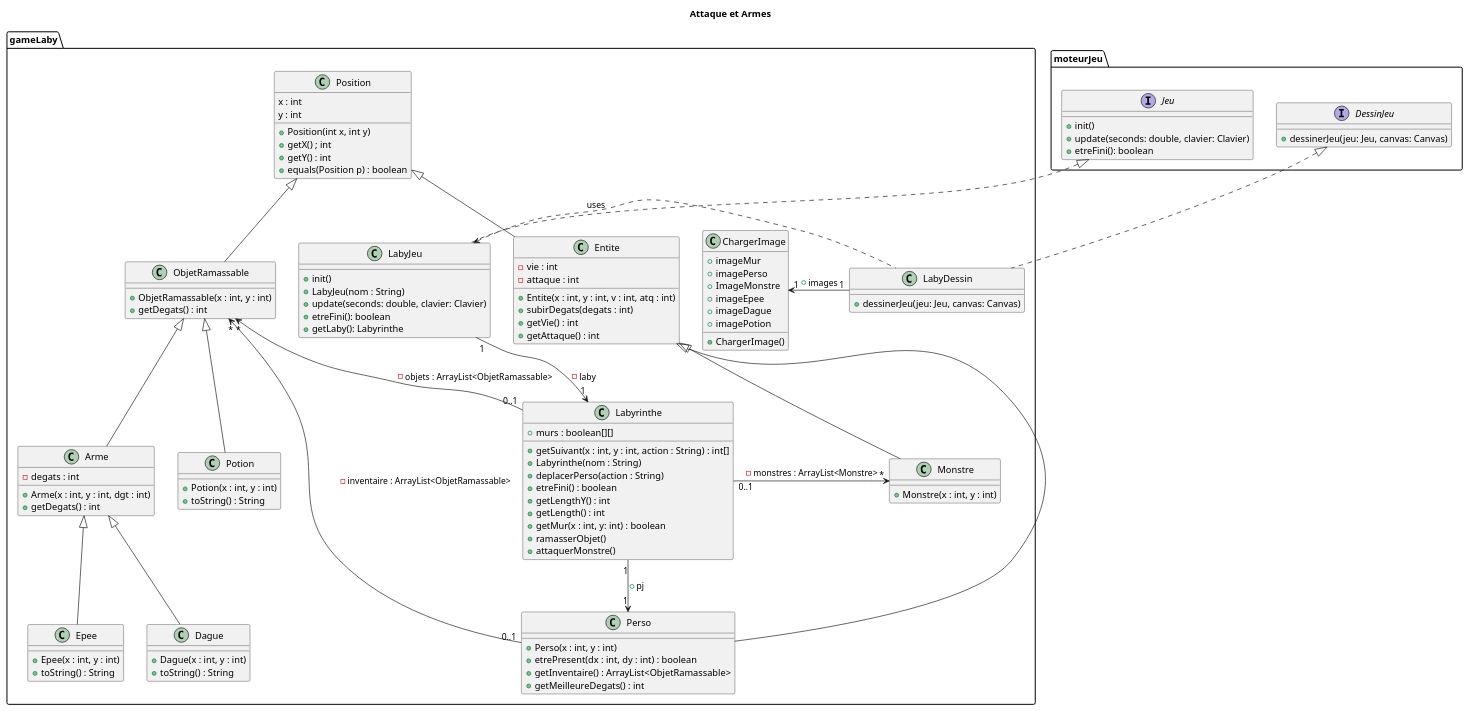
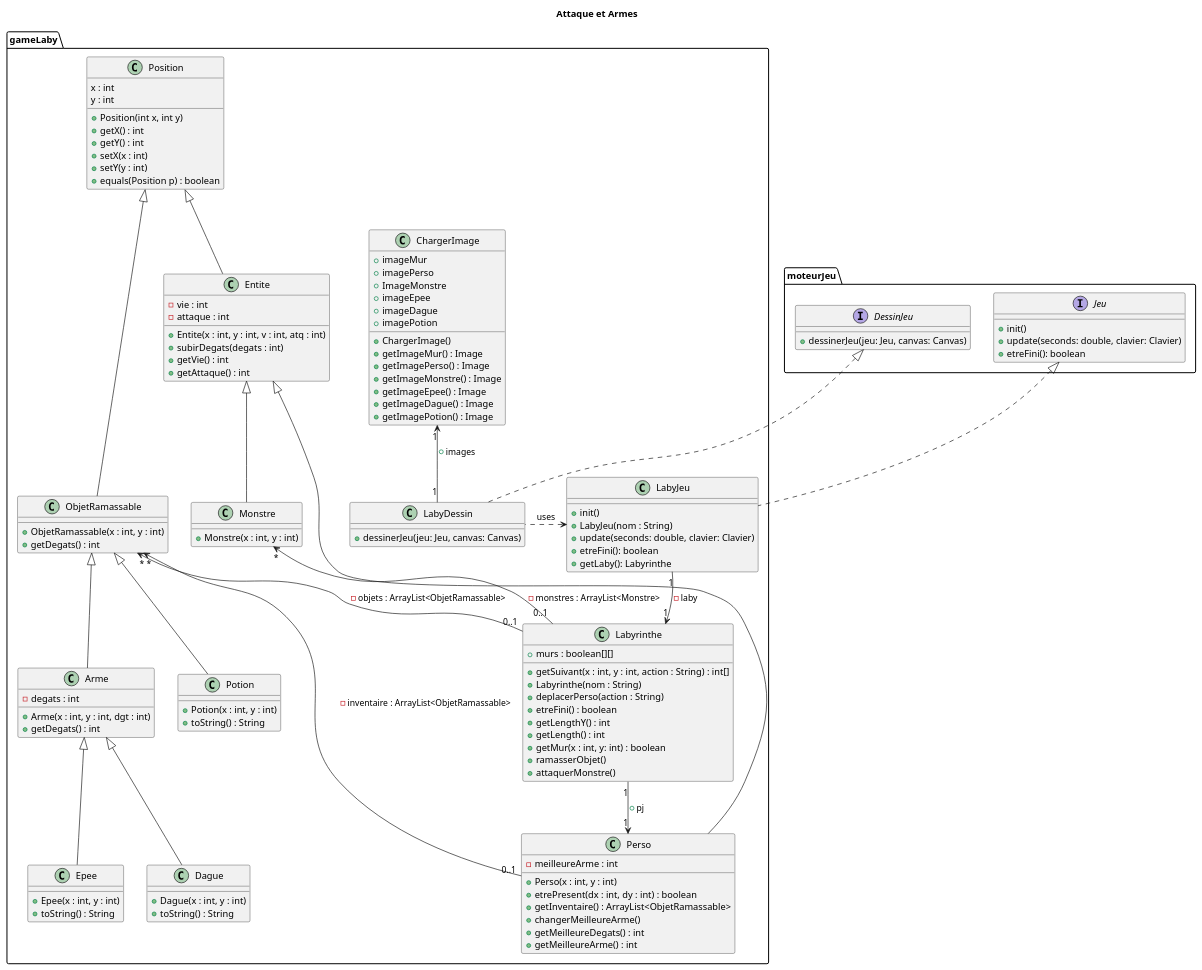
Before and after one commit to OoNeal/2022_zeldiablo_rionde8u_povoas1u_melchior25u_arnaud35u: the diagram in documents/version_5/DiagClasse_Sprites.puml, drawn with PlantUML. The commit also changed 1 other file, not shown here.

Commit message:
changement du diagramme de classe

```diff
--- a/documents/version_5/DiagClasse_Sprites.puml
+++ b/documents/version_5/DiagClasse_Sprites.puml
@@ -1,140 +1,151 @@
 @startuml
 title Attaque et Armes
 
 '''classe'''
 
 
 package moteurJeu {
 
 interface Jeu{
 + init()
 + update(seconds: double, clavier: Clavier)
 + etreFini(): boolean
 }
 
 
 interface DessinJeu {
 + dessinerJeu(jeu: Jeu, canvas: Canvas)
 }
 }
 
 
 package gameLaby {
 
 
 class Labyrinthe{
   + murs : boolean[][]
   + getSuivant(x : int, y : int, action : String) : int[]
   + Labyrinthe(nom : String)
   + deplacerPerso(action : String)
   + etreFini() : boolean
   + getLengthY() : int
   + getLength() : int
   + getMur(x : int, y: int) : boolean
   + ramasserObjet()
   + attaquerMonstre()
 }
 
 
 class ObjetRamassable {
     + ObjetRamassable(x : int, y : int)
     + getDegats() : int
 }
 
 class Potion{
     + Potion(x : int, y : int)
     + toString() : String
 }
 
 class Arme {
     - degats : int
     + Arme(x : int, y : int, dgt : int)
     + getDegats() : int
 }
 
 class Dague {
     + Dague(x : int, y : int)
     + toString() : String
 }
 
 class Epee{
     + Epee(x : int, y : int)
     + toString() : String
 }
 
 class Position {
     x : int
     y : int
     + Position(int x, int y)
-    + getX() ; int
+    + getX() : int
     + getY() : int
+    + setX(x : int)
+    + setY(y : int)
     + equals(Position p) : boolean
 }
 
 class Perso {
+  - meilleureArme : int
   + Perso(x : int, y : int)
   + etrePresent(dx : int, dy : int) : boolean
   + getInventaire() : ArrayList<ObjetRamassable>
+  + changerMeilleureArme()
   + getMeilleureDegats() : int
+  + getMeilleureArme() : int
 }
 
 class Entite {
     - vie : int
     - attaque : int
     + Entite(x : int, y : int, v : int, atq : int)
     + subirDegats(degats : int)
     + getVie() : int
     + getAttaque() : int
 }
 
 class Monstre {
   + Monstre(x : int, y : int)
 }
 
 class LabyJeu{
 + init()
 + LabyJeu(nom : String)
 + update(seconds: double, clavier: Clavier)
 + etreFini(): boolean
 + getLaby(): Labyrinthe
 }
 
 class LabyDessin{
 + dessinerJeu(jeu: Jeu, canvas: Canvas)
 }
 
 class ChargerImage {
   + imageMur
   + imagePerso
   + ImageMonstre
   + imageEpee
   + imageDague
   + imagePotion
   + ChargerImage()
+  + getImageMur() : Image
+  + getImagePerso() : Image
+  + getImageMonstre() : Image
+  + getImageEpee() : Image
+  + getImageDague() : Image
+  + getImagePotion() : Image
 }
 }
 
 
 LabyJeu "1" --> "1" Labyrinthe : -laby
 DessinJeu <|.. LabyDessin
 Jeu <|.. LabyJeu
 Labyrinthe "1" --> "1" Perso: + pj
 LabyJeu <. LabyDessin:uses
 
 
 ObjetRamassable "*" <-- "0..1" Perso: -inventaire : ArrayList<ObjetRamassable>
 ObjetRamassable "*" <-- "0..1" Labyrinthe: -objets : ArrayList<ObjetRamassable>
 ObjetRamassable  <|-- "Potion"
 ObjetRamassable  <|-- "Arme"
 Arme <|-- "Epee"
 Arme <|-- "Dague"
-Monstre "*" <- "0..1" Labyrinthe: -monstres : ArrayList<Monstre>
+Monstre "*" <-- "0..1" Labyrinthe: -monstres : ArrayList<Monstre>
 Position <|--  ObjetRamassable
 Position <|-- Entite
 Entite <|-- Monstre
 Entite <|-- Perso
 
-ChargerImage "1" <- "1" LabyDessin : + images
+ChargerImage "1" <-- "1" LabyDessin : + images
 
 
 @enduml
```
